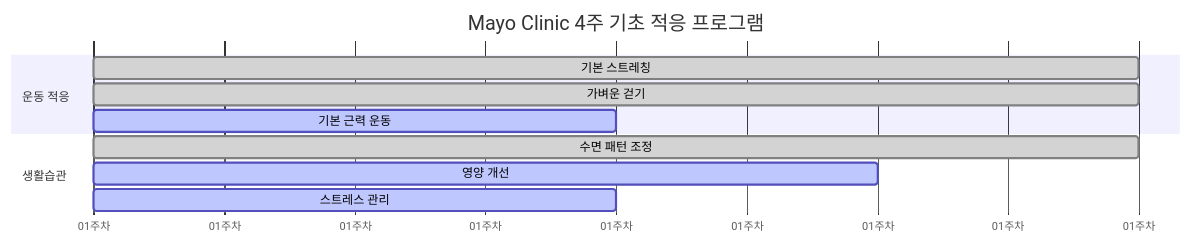
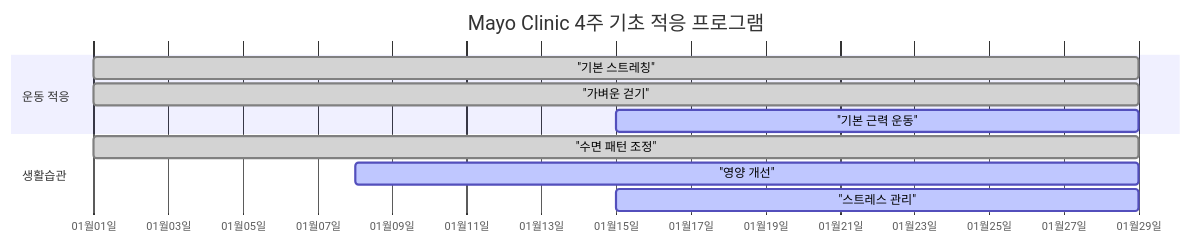
One commit to didghwns0514/walkingfix changed the seventh of 8 diagrams in raw/daily-habits/mayo-clinic-guidelines.md. Above: the diagram before and after it, drawn with Mermaid. The commit also changed other lines of this file and 14 other files, not shown here.

First line of the commit message:
fix: Comprehensive mermaid diagram syntax fixes for GitBook compatibility

````diff
--- a/raw/daily-habits/mayo-clinic-guidelines.md
+++ b/raw/daily-habits/mayo-clinic-guidelines.md
@@ -249,16 +253,16 @@
 ```mermaid
 gantt
     title Mayo Clinic 4주 기초 적응 프로그램
-    dateFormat X
-    axisFormat %d주차
+    dateFormat YYYY-MM-DD
+    axisFormat %m월%d일
 
     section 운동 적응
-    기본 스트레칭 : done, stretch, 0, 4
-    가벼운 걷기 : done, walk, 0, 4
-    기본 근력 운동 : active, strength, 2, 2
+    "기본 스트레칭" : done, stretch, 2024-01-01, 2024-01-29
+    "가벼운 걷기" : done, walk, 2024-01-01, 2024-01-29
+    "기본 근력 운동" : active, strength, 2024-01-15, 2024-01-29
 
     section 생활습관
-    수면 패턴 조정 : done, sleep, 0, 4
-    영양 개선 : active, nutrition, 1, 3
-    스트레스 관리 : active, stress, 2, 2
+    "수면 패턴 조정" : done, sleep, 2024-01-01, 2024-01-29
+    "영양 개선" : active, nutrition, 2024-01-08, 2024-01-29
+    "스트레스 관리" : active, stress, 2024-01-15, 2024-01-29
 ```
````
